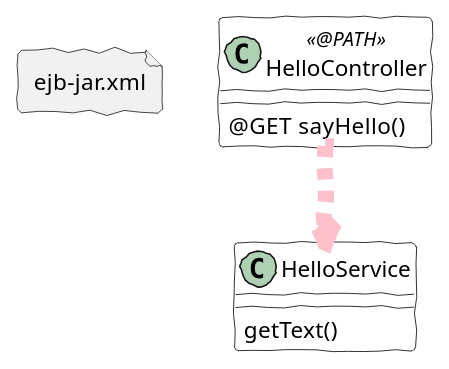
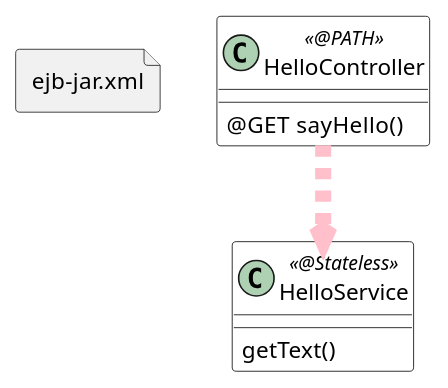
The diagram in migration.puml (fabapp2/jcon2023-example), drawn with PlantUML before and after one commit. The commit also changed 2 other files, not shown here.

```diff
--- a/migration.puml
+++ b/migration.puml
@@ -1,41 +1,41 @@
 @startuml
-skinparam handwritten true
+skinparam handwritten false
 skinparam class {
     backgroundColor white
     ArrowColor  grey
     LineColor black
     GroupBorderColor DeepSkyBlue
     ActorBorderColor black
     ActorBAckgroundColor white
     ParticipantBorderColor black
     ParticipantBackgroundColor white
     LifeLineBorderColor black
     FrameBorderColor grey
     FrameBackgroundColor white
     FrameFontColor grey
     BackgroundColor white
     BorderColor black
 }
 skinparam stereotypeIBackgroundColor GreenYellow
 skinparam stereotypeCBackgroundColor Lime
 hide footbox
 
 
 class HelloController <<@PATH>>  {
 
     @GET  sayHello()
 }
 
 HelloController -[#pink,dashed,thickness=10]-> HelloService
 
-class HelloService {
+class HelloService <<@Stateless>>{
     getText()
 }
 
-file "ejb-jar.xml" as "ejbJar {
+
+file "ejb-jar.xml" as ejbJar {
 
 }
-
 'HelloController --> HelloService
 
 @enduml
```
